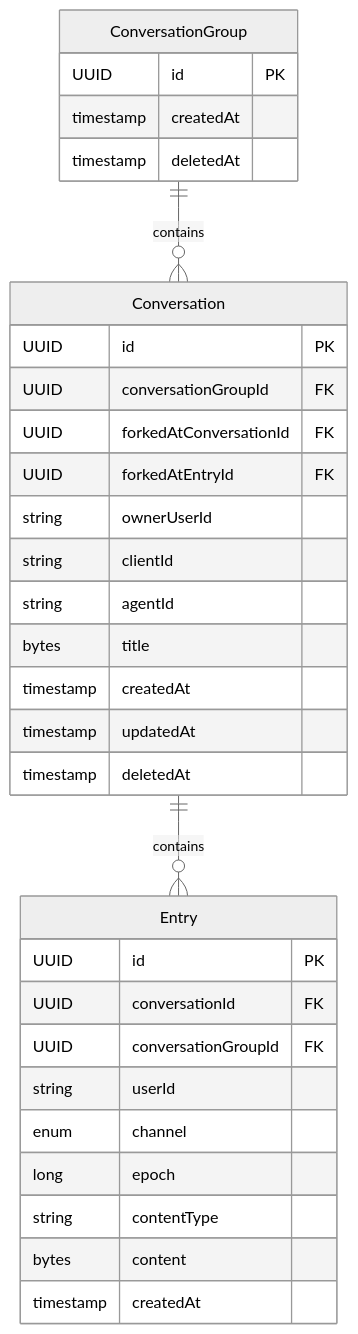
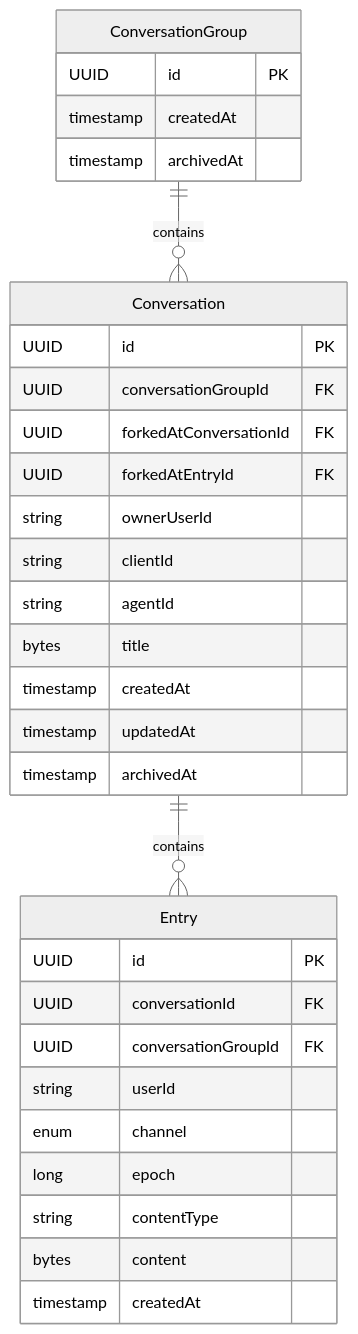
The first of 15 diagrams in docs/entry-data-model.md (chirino/memory-service), drawn with Mermaid (neutral theme) before and after one commit. The commit also changed 154 other files, not shown here.

````diff
--- a/docs/entry-data-model.md
+++ b/docs/entry-data-model.md
@@ -9,34 +9,34 @@
 ```mermaid
 erDiagram
     ConversationGroup ||--o{ Conversation : "contains"
     Conversation ||--o{ Entry : "contains"
     ConversationGroup {
         UUID id PK
         timestamp createdAt
-        timestamp deletedAt
+        timestamp archivedAt
     }
     Conversation {
         UUID id PK
         UUID conversationGroupId FK
         UUID forkedAtConversationId FK
         UUID forkedAtEntryId FK
         string ownerUserId
         string clientId
         string agentId
         bytes title
         timestamp createdAt
         timestamp updatedAt
-        timestamp deletedAt
+        timestamp archivedAt
     }
     Entry {
         UUID id PK
         UUID conversationId FK
         UUID conversationGroupId FK
         string userId
         enum channel
         long epoch
         string contentType
         bytes content
         timestamp createdAt
     }
 ```
````
